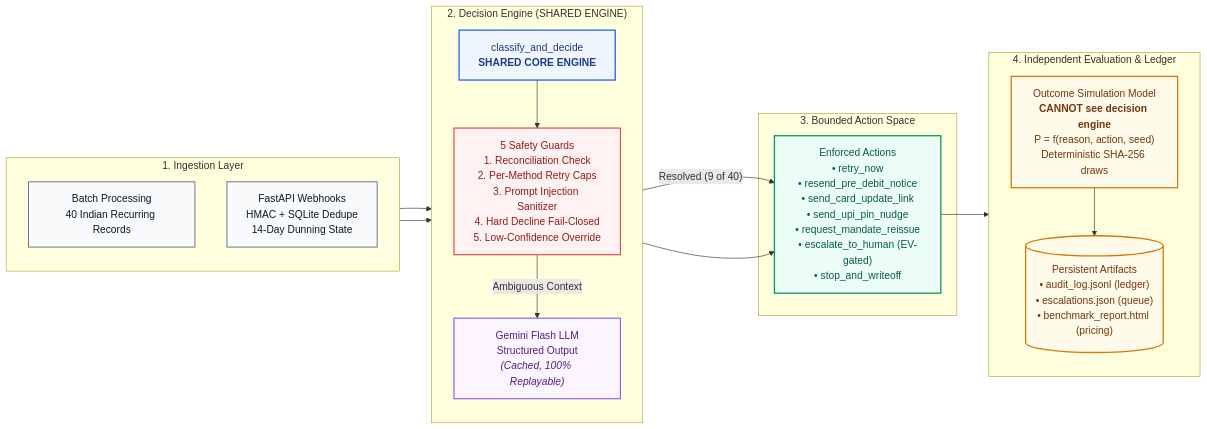
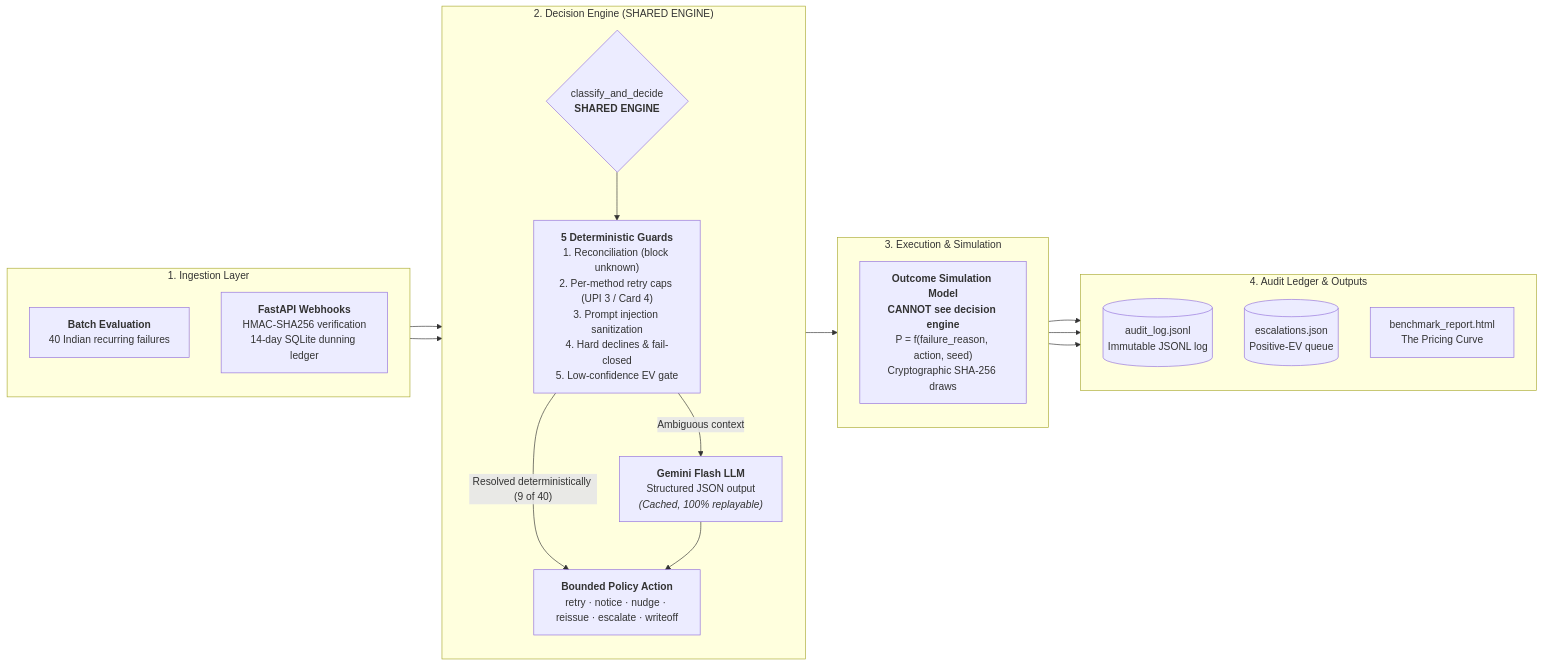
Before and after one commit to pavansaikavuri/failed-subscription-recovery-agent: the diagram in ARCHITECTURE.md, drawn with Mermaid. The commit also changed 1 other file, not shown here.

Commit message:
Switch Mermaid architecture diagram to horizontal LR layout to eliminate vertical clipping and theme opacity clash

````diff
--- a/ARCHITECTURE.md
+++ b/ARCHITECTURE.md
@@ -8,48 +8,40 @@
 ```mermaid
 flowchart LR
     subgraph INGEST ["1. Ingestion Layer"]
         direction TB
-        A["Batch Processing<br/>40 Indian Recurring Records"]
-        B["FastAPI Webhooks<br/>HMAC + SQLite Dedupe<br/>14-Day Dunning State"]
+        A["<b>Batch Evaluation</b><br/>40 Indian recurring failures"]
+        B["<b>FastAPI Webhooks</b><br/>HMAC-SHA256 verification<br/>14-day SQLite dunning ledger"]
     end
 
     subgraph ENGINE ["2. Decision Engine (SHARED ENGINE)"]
         direction TB
-        C["classify_and_decide<br/><b>SHARED CORE ENGINE</b>"]
-        G["5 Safety Guards<br/>1. Reconciliation Check<br/>2. Per-Method Retry Caps<br/>3. Prompt Injection Sanitizer<br/>4. Hard Decline Fail-Closed<br/>5. Low-Confidence Override"]
-        LLM["Gemini Flash LLM<br/>Structured Output<br/><i>(Cached, 100% Replayable)</i>"]
-        C --> G
-        G -->|"Ambiguous Context"| LLM
+        CORE{"classify_and_decide<br/><b>SHARED ENGINE</b>"}
+        GUARDS["<b>5 Deterministic Guards</b><br/>1. Reconciliation (block unknown)<br/>2. Per-method retry caps (UPI 3 / Card 4)<br/>3. Prompt injection sanitization<br/>4. Hard declines & fail-closed<br/>5. Low-confidence EV gate"]
+        LLM["<b>Gemini Flash LLM</b><br/>Structured JSON output<br/><i>(Cached, 100% replayable)</i>"]
+        
+        CORE --> GUARDS
+        GUARDS -->|"Resolved deterministically (9 of 40)"| ACT
+        GUARDS -->|"Ambiguous context"| LLM
+        LLM --> ACT
     end
 
-    subgraph ACTION ["3. Bounded Action Space"]
-        ACT["Enforced Actions<br/>• retry_now<br/>• resend_pre_debit_notice<br/>• send_card_update_link<br/>• send_upi_pin_nudge<br/>• request_mandate_reissue<br/>• escalate_to_human (EV-gated)<br/>• stop_and_writeoff"]
+    subgraph OUTCOME ["3. Execution & Simulation"]
+        direction TB
+        ACT["<b>Bounded Policy Action</b><br/>retry · notice · nudge · reissue · escalate · writeoff"]
+        MODEL["<b>Outcome Simulation Model</b><br/><b>CANNOT see decision engine</b><br/>P = f(failure_reason, action, seed)<br/>Cryptographic SHA-256 draws"]
+        ACT --> MODEL
     end
 
-    subgraph EVAL ["4. Independent Evaluation & Ledger"]
+    subgraph LEDGER ["4. Audit Ledger & Outputs"]
         direction TB
-        MODEL["Outcome Simulation Model<br/><b>CANNOT see decision engine</b><br/>P = f(reason, action, seed)<br/>Deterministic SHA-256 draws"]
-        OUT[("Persistent Artifacts<br/>• audit_log.jsonl (ledger)<br/>• escalations.json (queue)<br/>• benchmark_report.html (pricing)")]
-        MODEL --> OUT
+        AUDIT[("audit_log.jsonl<br/>Immutable JSONL log")]
+        ESC[("escalations.json<br/>Positive-EV queue")]
+        BENCH["benchmark_report.html<br/>The Pricing Curve"]
+        MODEL --> AUDIT
+        MODEL --> ESC
+        MODEL --> BENCH
     end
 
-    A --> C
-    B --> C
-    G -->|"Resolved (9 of 40)"| ACT
-    LLM --> ACT
-    ACT --> MODEL
-
-    classDef ingestion fill:#f8fafc,stroke:#64748b,stroke-width:1.5px,color:#0f172a;
-    classDef engine fill:#eff6ff,stroke:#2563eb,stroke-width:2px,color:#1e3a8a;
-    classDef guard fill:#fef2f2,stroke:#dc2626,stroke-width:1.5px,color:#991b1b;
-    classDef llm fill:#faf5ff,stroke:#7c3aed,stroke-width:1.5px,color:#581c87;
-    classDef action fill:#ecfdf5,stroke:#059669,stroke-width:2px,color:#065f46;
-    classDef eval fill:#fffbeb,stroke:#d97706,stroke-width:2px,color:#78350f;
-
-    class A,B ingestion;
-    class C engine;
-    class G guard;
-    class LLM llm;
-    class ACT action;
-    class MODEL,OUT eval;
+    A --> CORE
+    B --> CORE
 ```
````
